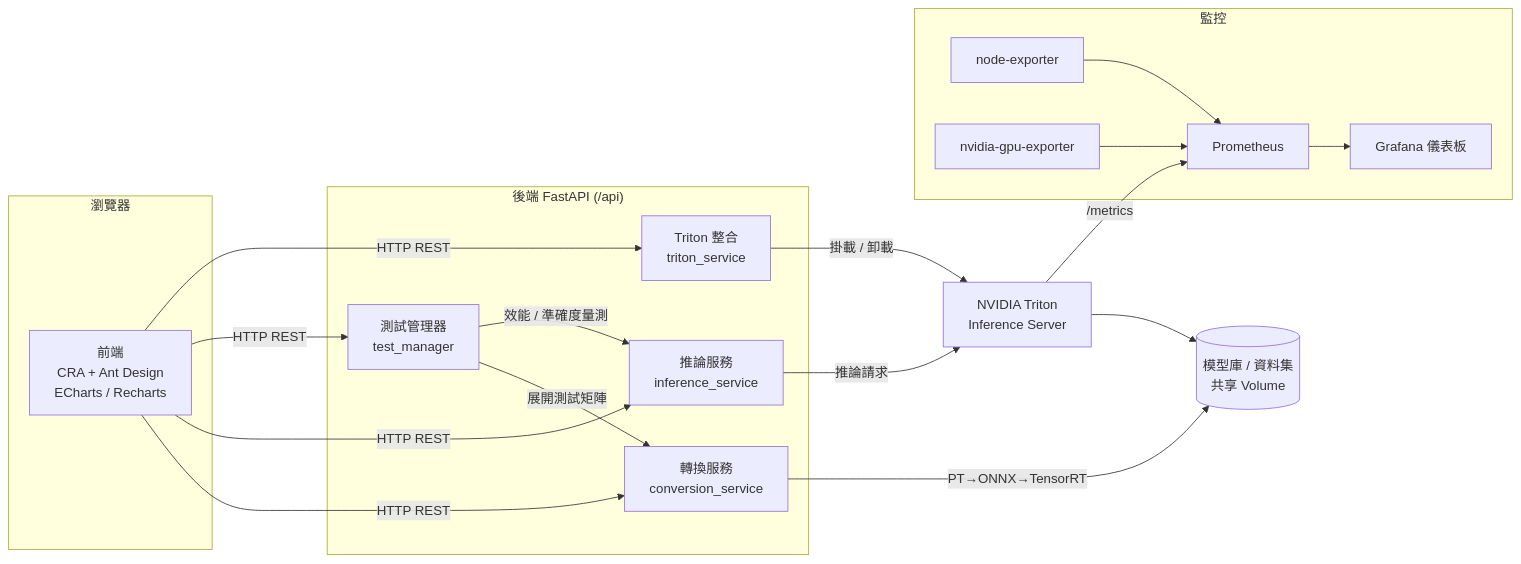
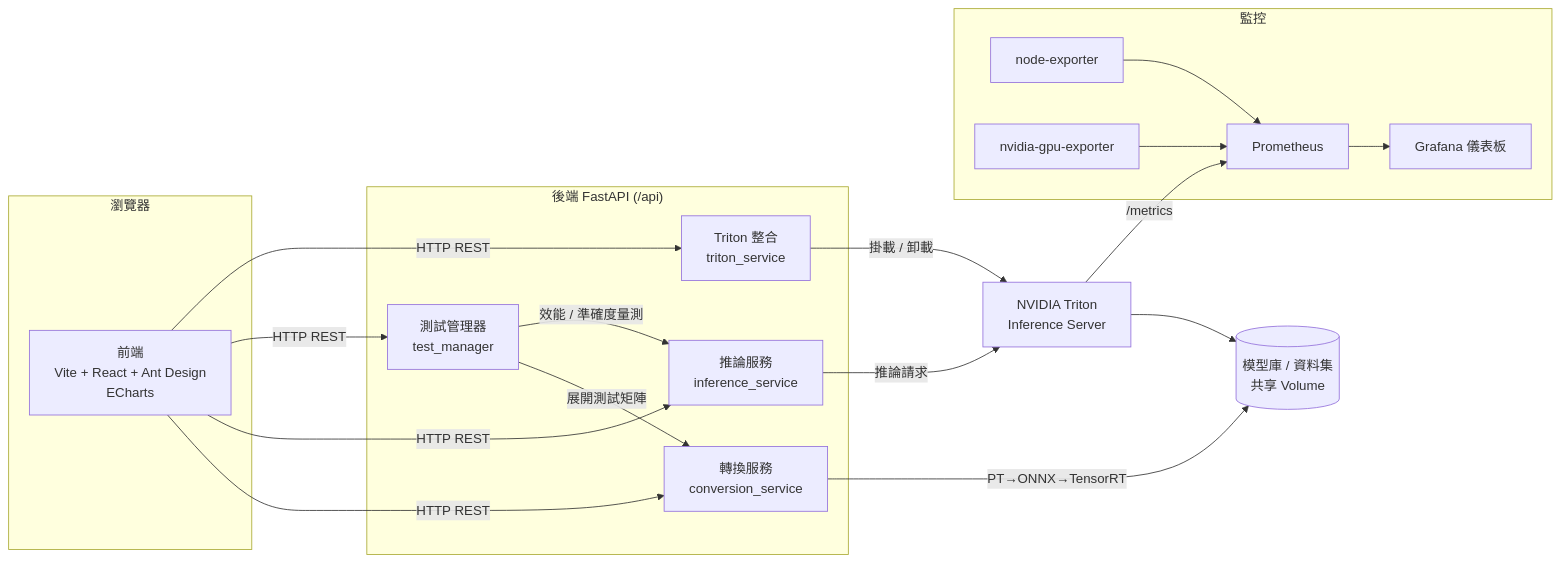
The diagram in README.md (q86865511/AI-Deployment-Pipeline), drawn with Mermaid before and after one commit. The commit also changed other lines of this file and 19 other files, not shown here.

First line of the commit message:
修正: 前端遷移 CRA→Vite 並清除 65 個依賴漏洞

````diff
--- a/README.md
+++ b/README.md
@@ -50,40 +57,40 @@
 ```mermaid
 flowchart LR
     subgraph Client["瀏覽器"]
-        FE["前端<br/>CRA + Ant Design<br/>ECharts / Recharts"]
+        FE["前端<br/>Vite + React + Ant Design<br/>ECharts"]
     end
 
     subgraph API["後端 FastAPI (/api)"]
         CONV["轉換服務<br/>conversion_service"]
         INF["推論服務<br/>inference_service"]
         TEST["測試管理器<br/>test_manager"]
         TRI["Triton 整合<br/>triton_service"]
     end
 
     TRITON["NVIDIA Triton<br/>Inference Server"]
     REPO[("模型庫 / 資料集<br/>共享 Volume")]
 
     subgraph Mon["監控"]
         PROM["Prometheus"]
         GRAF["Grafana 儀表板"]
         NODE["node-exporter"]
         GPU["nvidia-gpu-exporter"]
     end
 
     FE -->|HTTP REST| CONV
     FE -->|HTTP REST| INF
     FE -->|HTTP REST| TEST
     FE -->|HTTP REST| TRI
 
     CONV -->|PT→ONNX→TensorRT| REPO
     TEST -->|展開測試矩陣| CONV
     TEST -->|效能 / 準確度量測| INF
     TRI -->|掛載 / 卸載| TRITON
     INF -->|推論請求| TRITON
     TRITON --> REPO
 
     TRITON -->|/metrics| PROM
     NODE --> PROM
     GPU --> PROM
     PROM --> GRAF
 ```
````
